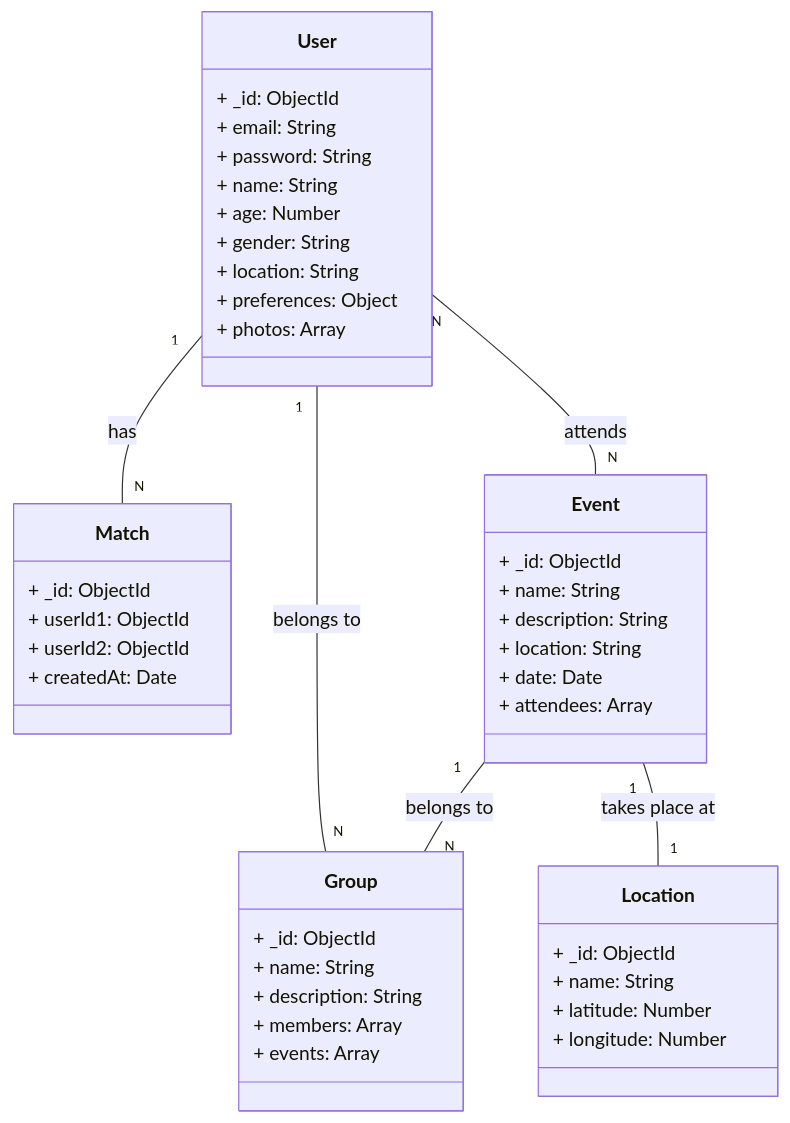
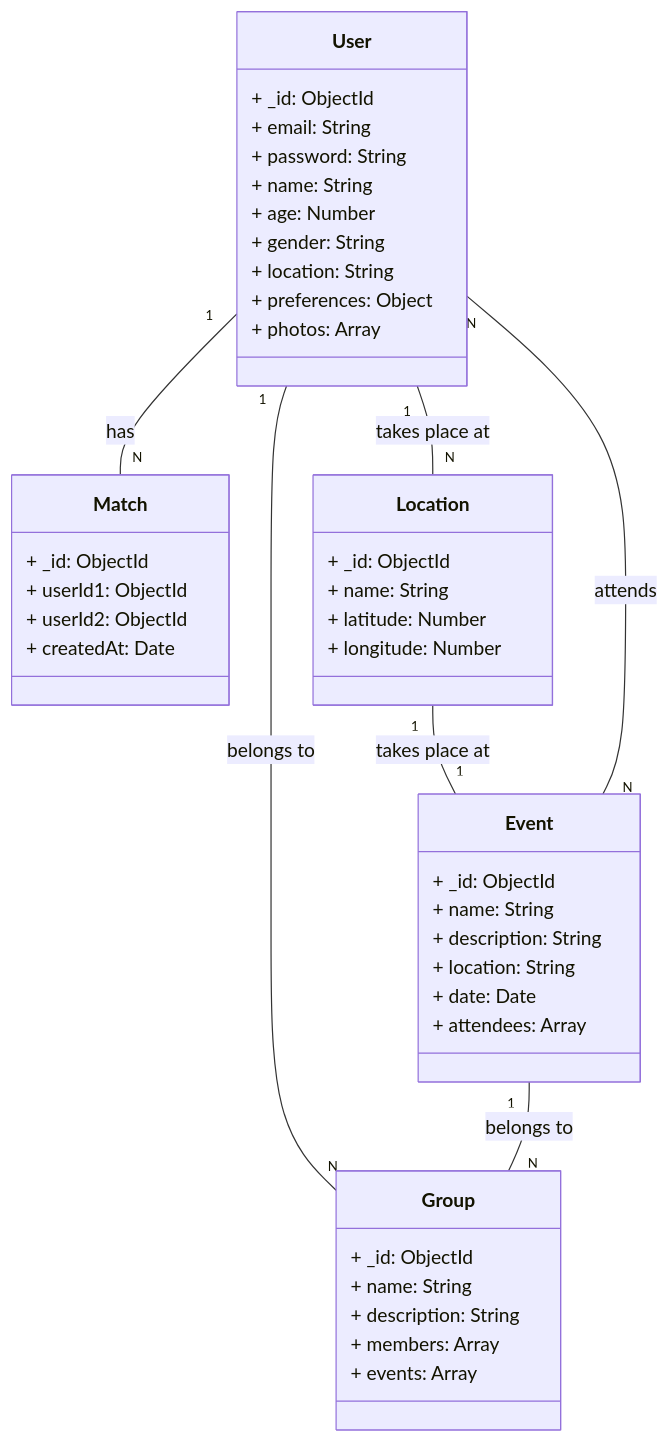
The seventh of 7 diagrams in readme.md (maxlestage/Master-Ynov), drawn with Mermaid before and after one commit. The commit also changed other lines of this file, not shown here.

````diff
--- a/readme.md
+++ b/readme.md
@@ -181,51 +183,53 @@
 ```mermaid
 classDiagram
     class User {
         + _id: ObjectId
         + email: String
         + password: String
         + name: String
         + age: Number
         + gender: String
         + location: String
         + preferences: Object
         + photos: Array
     }
 
     class Match {
         + _id: ObjectId
         + userId1: ObjectId
         + userId2: ObjectId
         + createdAt: Date
     }
 
     class Group {
         + _id: ObjectId
         + name: String
         + description: String
         + members: Array
         + events: Array
     }
 
     class Event {
         + _id: ObjectId
         + name: String
         + description: String
         + location: String
         + date: Date
         + attendees: Array
     }
 
     class Location {
         + _id: ObjectId
         + name: String
         + latitude: Number
         + longitude: Number
     }
 
     User "1" -- "N" Match : has
     User "1" -- "N" Group : belongs to
+    User "1" -- "N" Location : takes place at
+    Location "1" -- "1" Event : takes place at
     User "N" -- "N" Event : attends
     Event "1" -- "N" Group : belongs to
-    Event "1" -- "1" Location : takes place at
+   
 ```
````
